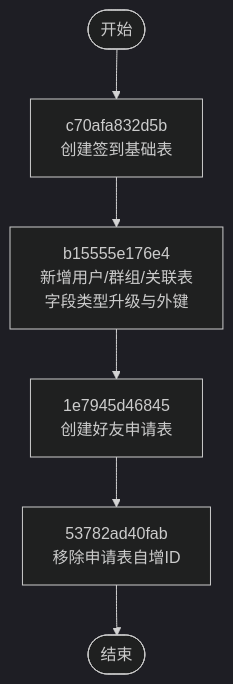
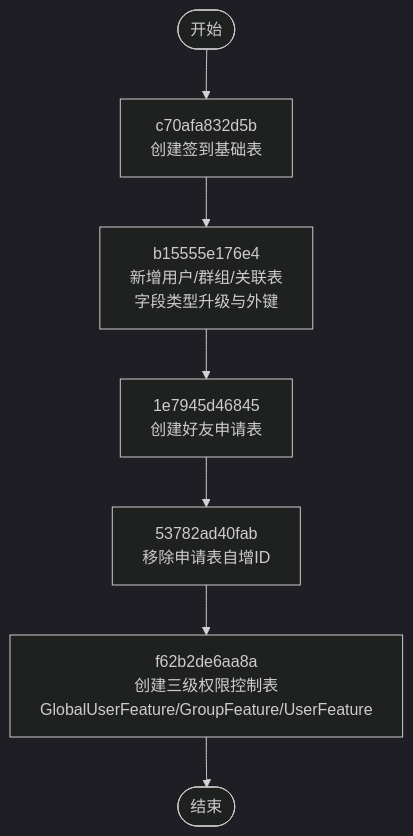
One commit to Wohaokunr/yawn_bot changed the third of 6 diagrams in .qoder/repowiki/zh/content/数据库迁移.md. Above: the diagram before and after it, drawn with Mermaid (dark theme). The commit also changed other lines of this file and 14 other files, not shown here.

````diff
--- a/.qoder/repowiki/zh/content/数据库迁移.md
+++ b/.qoder/repowiki/zh/content/数据库迁移.md
@@ -174,8 +222,9 @@
 ```mermaid
 flowchart TD
 Start(["开始"]) --> M1["c70afa832d5b<br/>创建签到基础表"]
 M1 --> M2["b15555e176e4<br/>新增用户/群组/关联表<br/>字段类型升级与外键"]
 M2 --> M3["1e7945d46845<br/>创建好友申请表"]
 M3 --> M4["53782ad40fab<br/>移除申请表自增ID"]
-M4 --> End(["结束"])
+M4 --> M5["f62b2de6aa8a<br/>创建三级权限控制表<br/>GlobalUserFeature/GroupFeature/UserFeature"]
+M5 --> End(["结束"])
 ```
````
